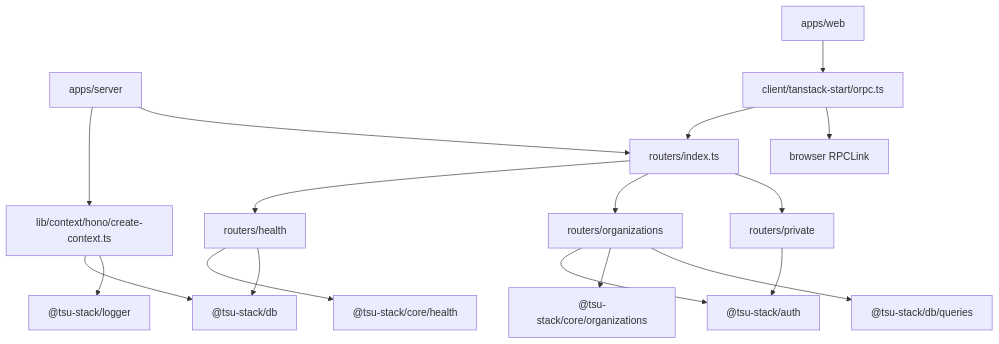
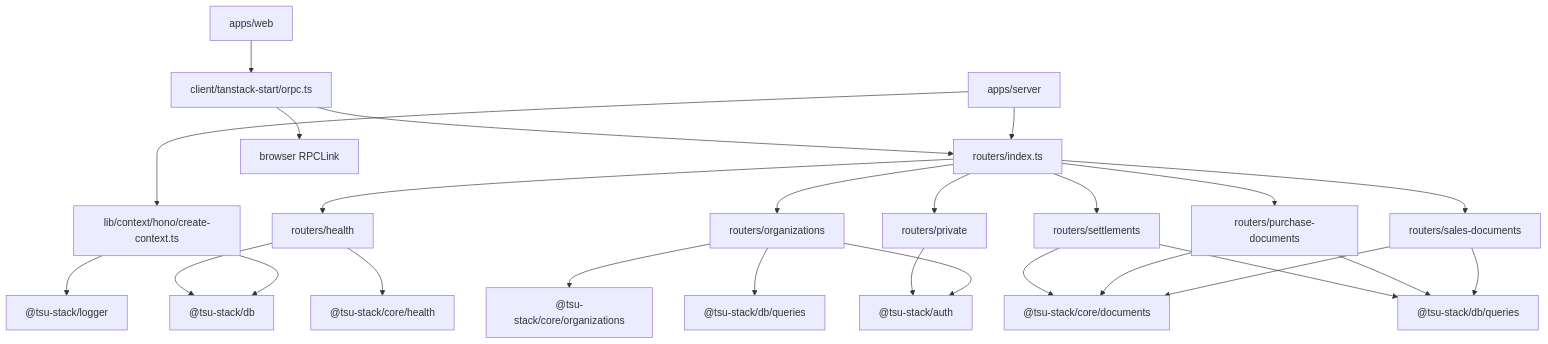
The first of 2 diagrams in packages/api/README.md (isherbuilds/edernal-books), drawn with Mermaid before and after one commit. The commit also changed other lines of this file and 44 other files, not shown here.

````diff
--- a/packages/api/README.md
+++ b/packages/api/README.md
@@ -20,19 +20,28 @@
 ```mermaid
 flowchart TD
   Server["apps/server"] --> Context["lib/context/hono/create-context.ts"]
   Server --> Router["routers/index.ts"]
   Router --> Health["routers/health"]
   Router --> Organizations["routers/organizations"]
+  Router --> SalesDocuments["routers/sales-documents"]
+  Router --> PurchaseDocuments["routers/purchase-documents"]
+  Router --> Settlements["routers/settlements"]
   Router --> Private["routers/private"]
   Organizations --> Auth["@tsu-stack/auth"]
   Private --> Auth
   Context --> DB["@tsu-stack/db"]
   Context --> Logger["@tsu-stack/logger"]
   Health --> Core["@tsu-stack/core/health"]
   Health --> DB["@tsu-stack/db"]
   Organizations --> OrgCore["@tsu-stack/core/organizations"]
   Organizations --> OrgQueries["@tsu-stack/db/queries"]
+  SalesDocuments --> DocumentCore["@tsu-stack/core/documents"]
+  PurchaseDocuments --> DocumentCore
+  Settlements --> DocumentCore
+  SalesDocuments --> DocumentQueries["@tsu-stack/db/queries"]
+  PurchaseDocuments --> DocumentQueries
+  Settlements --> DocumentQueries
   Web["apps/web"] --> Client["client/tanstack-start/orpc.ts"]
   Client --> Router
   Client --> RPCLink["browser RPCLink"]
 ```
````
